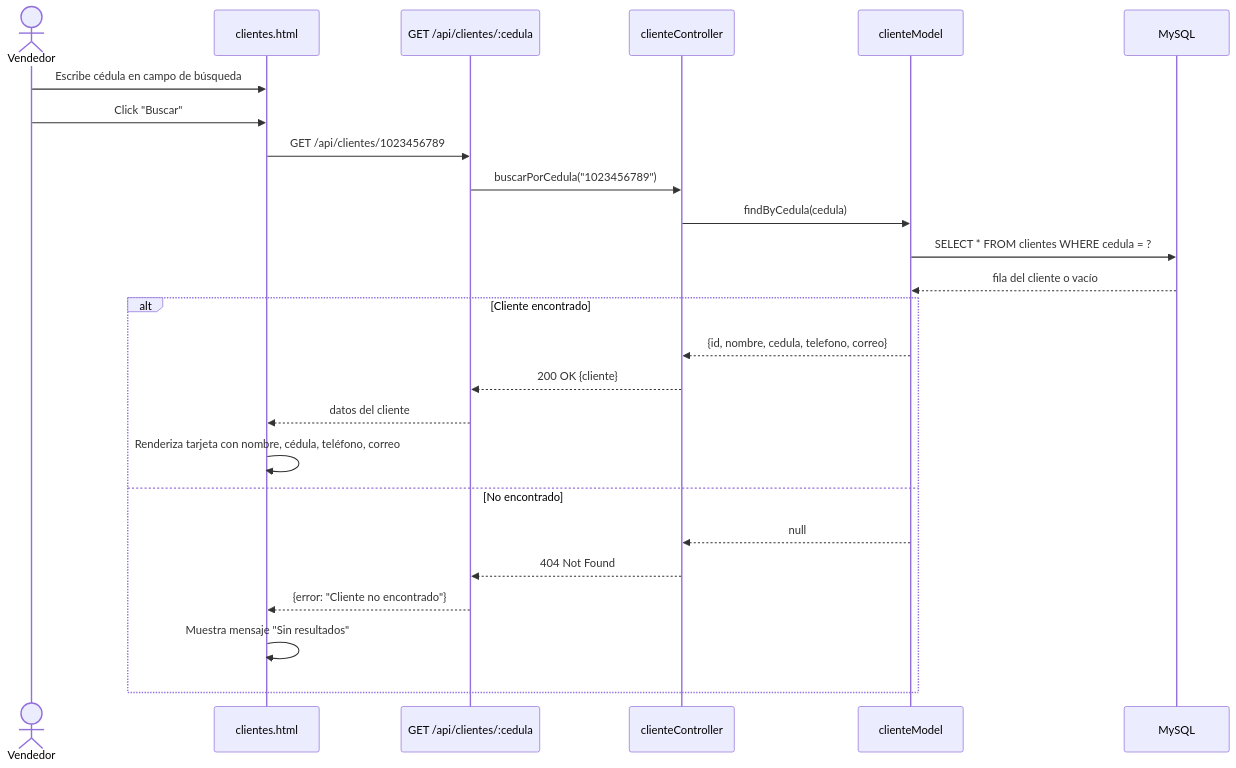
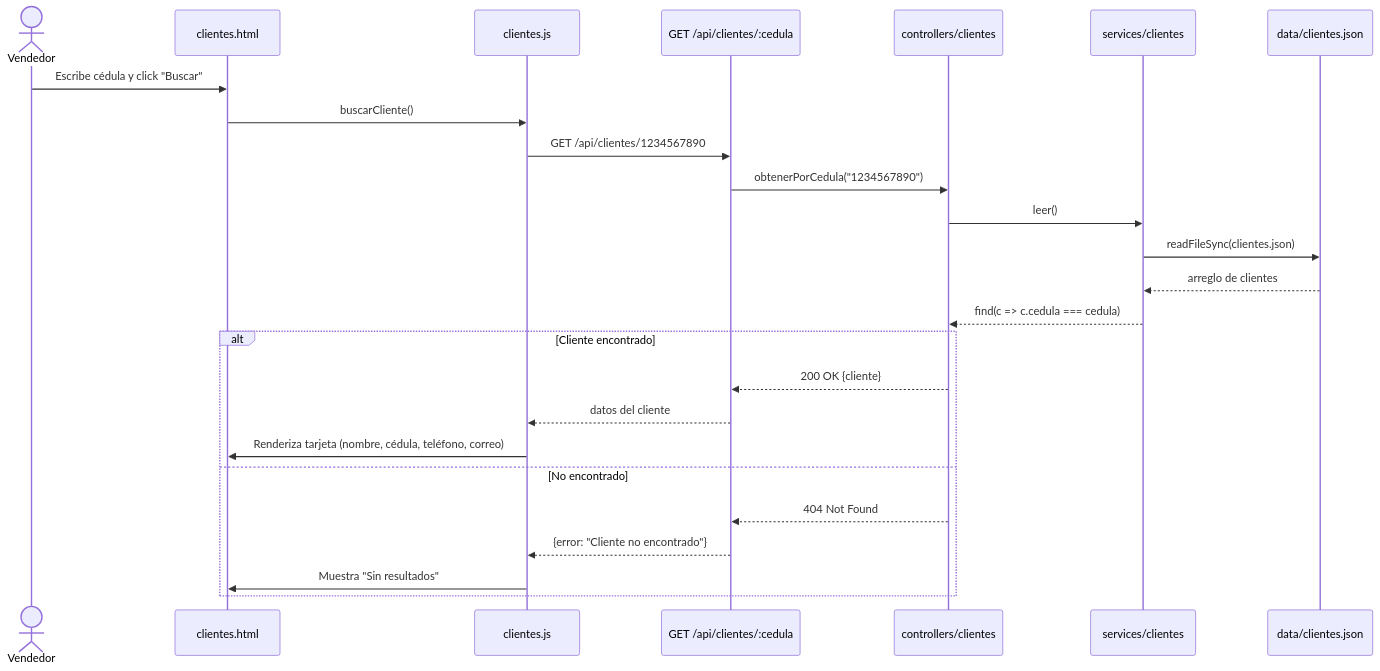
The eighth of 10 diagrams in docs/diagramas/diagramas.md (Pedrito2626/SalesFlow), drawn with Mermaid before and after one commit. The commit also changed other lines of this file and 1 other file, not shown here.

Commit message:
docs: alinear arquitectura y diagramas con la implementación real (persistencia JSON)

````diff
--- a/docs/diagramas/diagramas.md
+++ b/docs/diagramas/diagramas.md
@@ -365,28 +360,28 @@
 ```mermaid
 sequenceDiagram
     actor Vendedor
     participant UI as clientes.html
+    participant JS as clientes.js
     participant API as GET /api/clientes/:cedula
-    participant CC as clienteController
-    participant CM as clienteModel
-    participant DB as MySQL
+    participant CC as controllers/clientes
+    participant SC as services/clientes
+    participant DATA as data/clientes.json
 
-    Vendedor->>UI: Escribe cédula en campo de búsqueda
-    Vendedor->>UI: Click "Buscar"
-    UI->>API: GET /api/clientes/1023456789
-    API->>CC: buscarPorCedula("1023456789")
-    CC->>CM: findByCedula(cedula)
-    CM->>DB: SELECT * FROM clientes WHERE cedula = ?
-    DB-->>CM: fila del cliente o vacío
+    Vendedor->>UI: Escribe cédula y click "Buscar"
+    UI->>JS: buscarCliente()
+    JS->>API: GET /api/clientes/1234567890
+    API->>CC: obtenerPorCedula("1234567890")
+    CC->>SC: leer()
+    SC->>DATA: readFileSync(clientes.json)
+    DATA-->>SC: arreglo de clientes
+    SC-->>CC: find(c => c.cedula === cedula)
     alt Cliente encontrado
-        CM-->>CC: {id, nombre, cedula, telefono, correo}
         CC-->>API: 200 OK {cliente}
-        API-->>UI: datos del cliente
-        UI->>UI: Renderiza tarjeta con nombre, cédula, teléfono, correo
+        API-->>JS: datos del cliente
+        JS->>UI: Renderiza tarjeta (nombre, cédula, teléfono, correo)
     else No encontrado
-        CM-->>CC: null
         CC-->>API: 404 Not Found
-        API-->>UI: {error: "Cliente no encontrado"}
-        UI->>UI: Muestra mensaje "Sin resultados"
+        API-->>JS: {error: "Cliente no encontrado"}
+        JS->>UI: Muestra "Sin resultados"
     end
 ```
````
